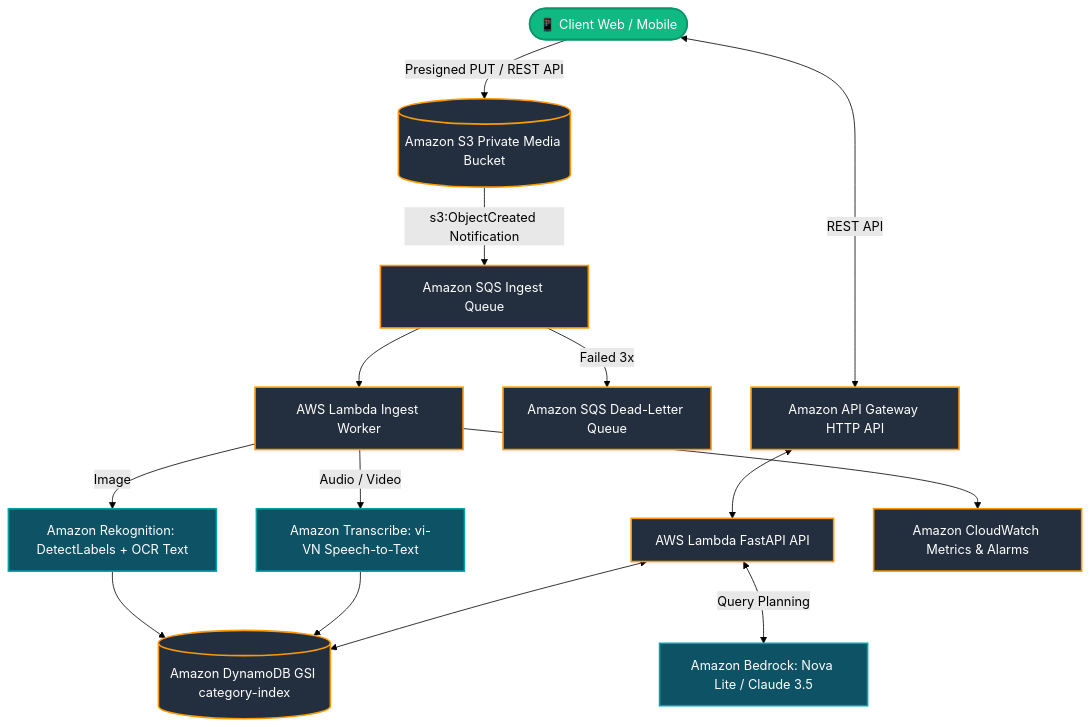
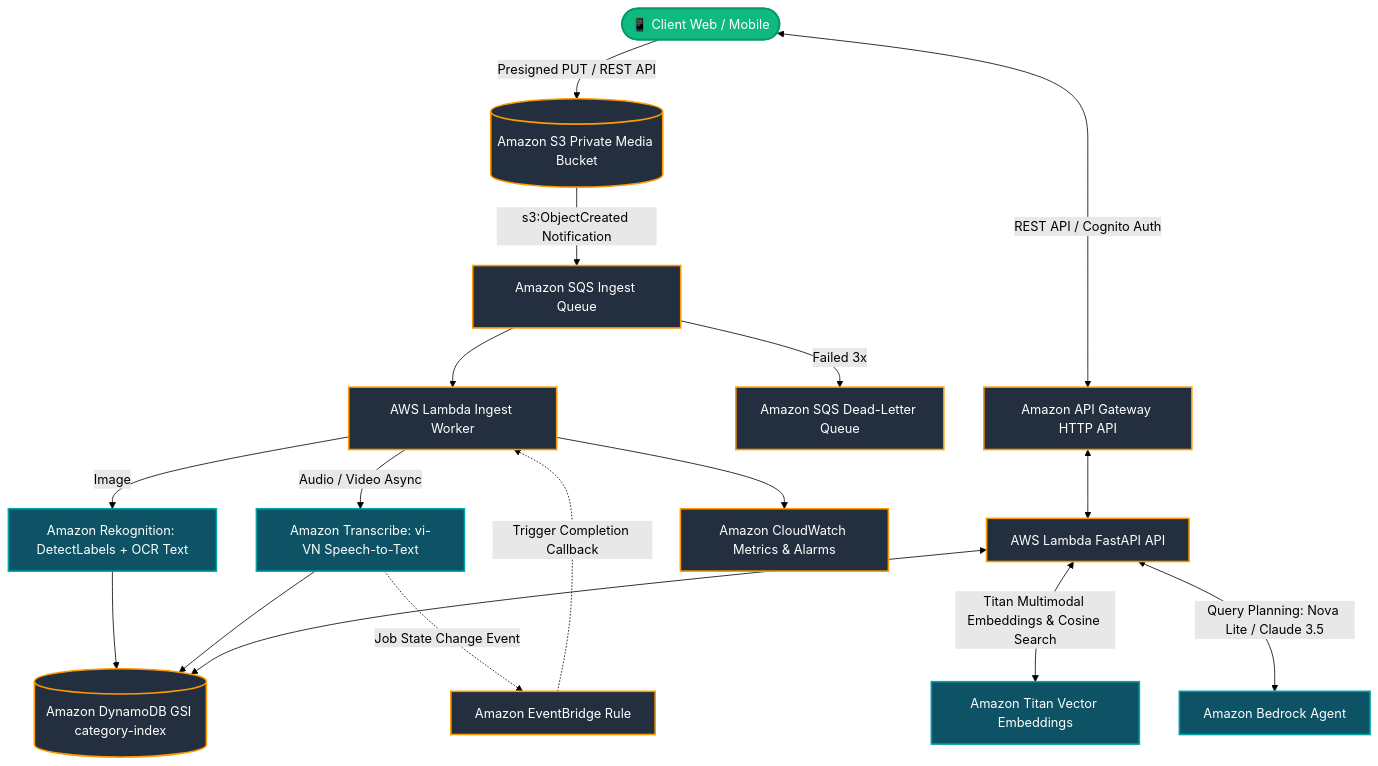
Before and after one commit to Mphuc310771/edumedia-ai: the diagram in README.md, drawn with Mermaid (forest theme). The commit also changed other lines of this file and 11 other files, not shown here.

Commit message:
feat(arch): resolve polling antipattern with EventBridge and implement Titan Vector Embeddings

````diff
--- a/README.md
+++ b/README.md
@@ -16,25 +16,29 @@
 ```mermaid
 flowchart TD
     Client([📱 Client Web / Mobile]):::client -->|Presigned PUT / REST API| S3[(Amazon S3 Private Media Bucket)]:::aws
-    Client <-->|REST API| APIGW[Amazon API Gateway HTTP API]:::aws
+    Client <-->|REST API / Cognito Auth| APIGW[Amazon API Gateway HTTP API]:::aws
     APIGW <--> LambdaAPI[AWS Lambda FastAPI API]:::aws
     
     S3 -->|s3:ObjectCreated Notification| SQS[Amazon SQS Ingest Queue]:::aws
     SQS -->|Failed 3x| DLQ[Amazon SQS Dead-Letter Queue]:::aws
     SQS --> LambdaWorker[AWS Lambda Ingest Worker]:::aws
     
     LambdaWorker -->|Image| Rekognition[Amazon Rekognition: DetectLabels + OCR Text]:::ai
-    LambdaWorker -->|Audio / Video| Transcribe[Amazon Transcribe: vi-VN Speech-to-Text]:::ai
+    LambdaWorker -->|Audio / Video Async| Transcribe[Amazon Transcribe: vi-VN Speech-to-Text]:::ai
+    
+    Transcribe -.->|Job State Change Event| EventBridge[Amazon EventBridge Rule]:::aws
+    EventBridge -.->|Trigger Completion Callback| LambdaWorker
     
     Rekognition --> DynamoDB[(Amazon DynamoDB GSI category-index)]:::aws
     Transcribe --> DynamoDB
     
-    LambdaAPI <-->|Query Planning| Bedrock[Amazon Bedrock: Nova Lite / Claude 3.5]:::ai
+    LambdaAPI <-->|Titan Multimodal Embeddings & Cosine Search| TitanEmbed[Amazon Titan Vector Embeddings]:::ai
+    LambdaAPI <-->|Query Planning: Nova Lite / Claude 3.5| Bedrock[Amazon Bedrock Agent]:::ai
     LambdaAPI <--> DynamoDB
     
     LambdaWorker --> CloudWatch[Amazon CloudWatch Metrics & Alarms]:::aws
 
     classDef aws fill:#232F3E,stroke:#FF9900,stroke-width:2px,color:#fff;
     classDef ai fill:#0D5265,stroke:#00A4A6,stroke-width:2px,color:#fff;
     classDef client fill:#10B981,stroke:#059669,stroke-width:2px,color:#fff;
 ```
````
